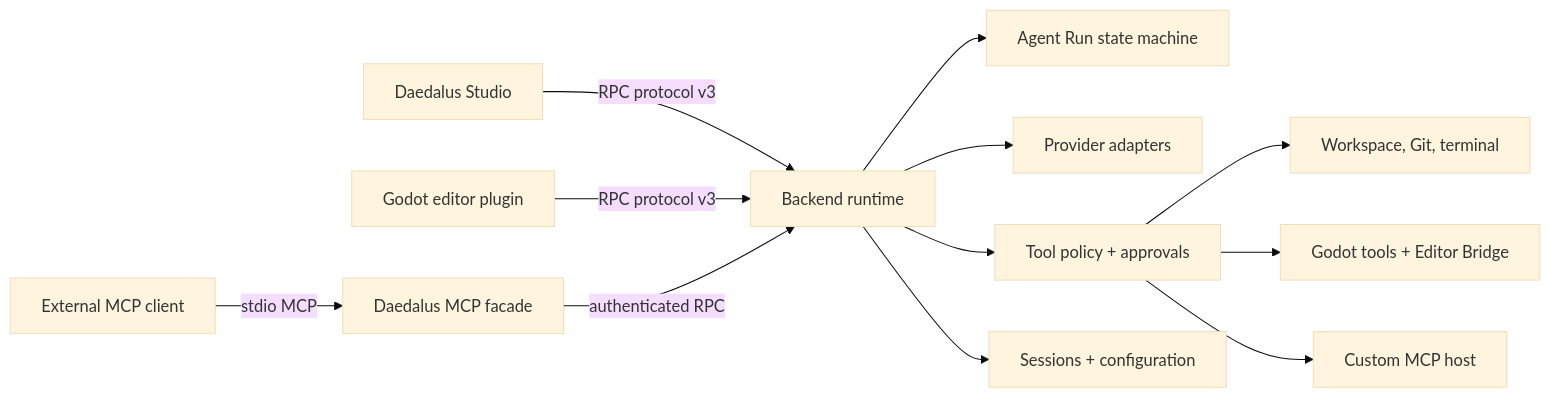
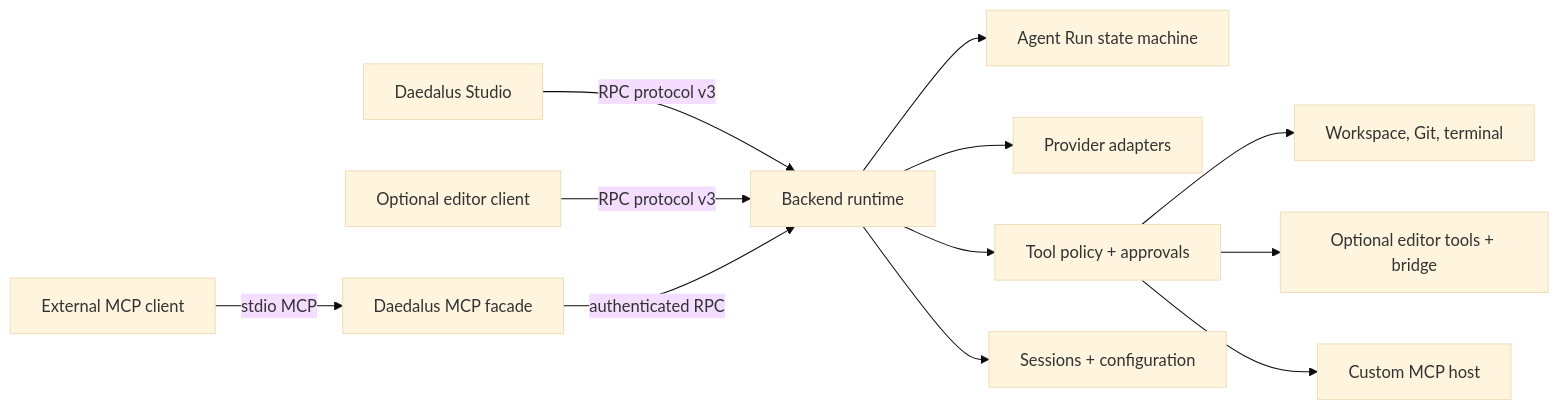
Before and after one commit to LuYingYiLong/daedalus-backend: the diagram in README.md, drawn with Mermaid (base theme). The commit also changed other lines of this file, not shown here.

First line of the commit message:
docs: generalize Godot references to optional editor integrations

````diff
--- a/README.md
+++ b/README.md
@@ -52,14 +52,14 @@
 ```mermaid
 flowchart LR
     S["Daedalus Studio"] -->|RPC protocol v3| R["Backend runtime"]
-    G["Godot editor plugin"] -->|RPC protocol v3| R
+    G["Optional editor client"] -->|RPC protocol v3| R
     X["External MCP client"] -->|stdio MCP| M["Daedalus MCP facade"]
     M -->|authenticated RPC| R
     R --> A["Agent Run state machine"]
     R --> P["Provider adapters"]
     R --> T["Tool policy + approvals"]
     R --> D["Sessions + configuration"]
     T --> W["Workspace, Git, terminal"]
-    T --> E["Godot tools + Editor Bridge"]
+    T --> E["Optional editor tools + bridge"]
     T --> H["Custom MCP host"]
 ```
````
